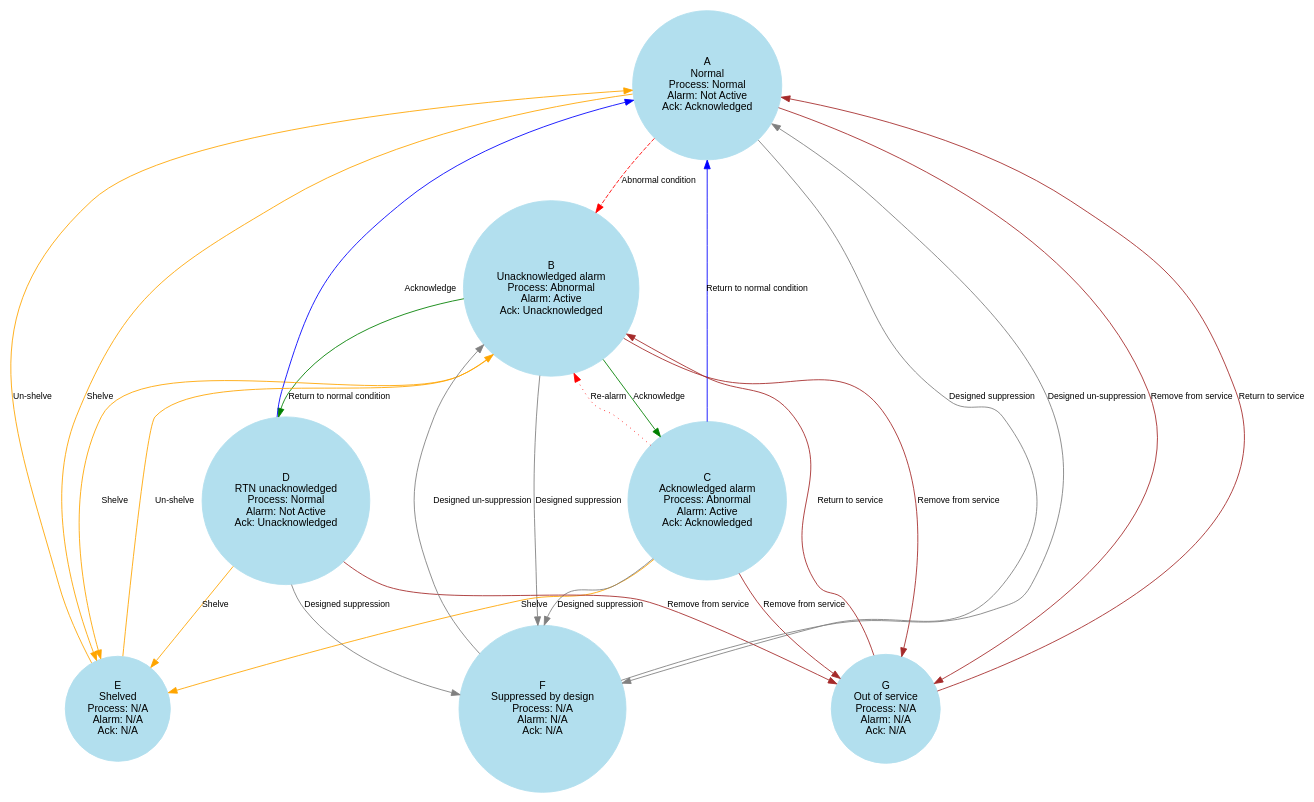
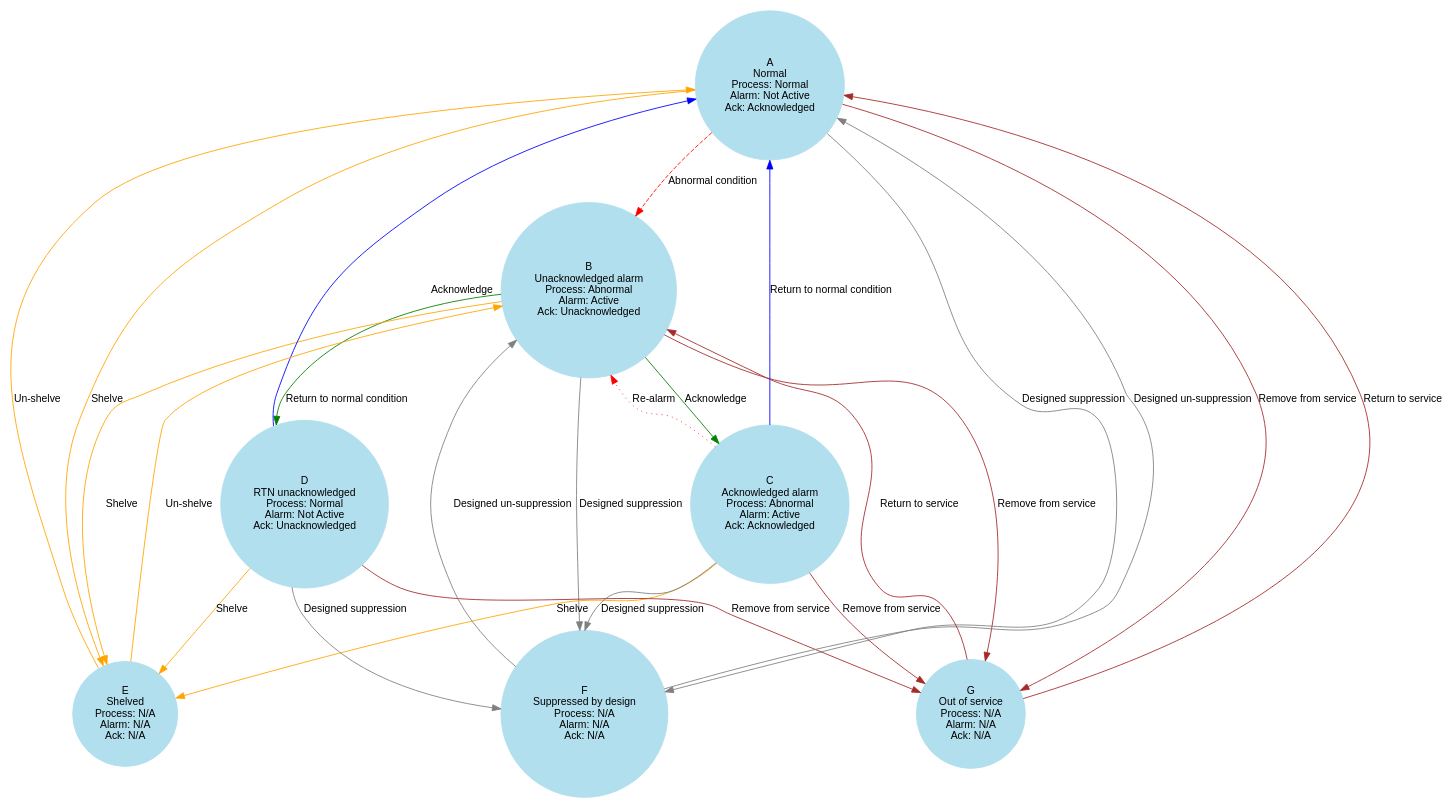
One commit to know-ai/PyAutomation changed the diagram in Docs/source/Markdown/Developments_Guide/core/alarms.rst. Above: the diagram before and after it, drawn with Graphviz. The commit also changed 2 other files, not shown here.

Commit message:
[ADD] Test

```diff
--- a/Docs/source/Markdown/Developments_Guide/core/alarms.rst
+++ b/Docs/source/Markdown/Developments_Guide/core/alarms.rst
@@ -20,43 +20,43 @@
 .. graphviz::
     
    digraph AlarmStates {
        node [shape=circle, style=filled, color=lightblue2, fontname="Arial", fontsize=12];  // Estilo general de los nodos
-       edge [fontname="Arial", fontsize=10, color=black];  // Estilo general de los bordes
+       edge [fontname="Arial", fontsize=12, color=black];  // Estilo general de los bordes
 
        A [label="A\nNormal\nProcess: Normal\nAlarm: Not Active\nAck: Acknowledged"];
        B [label="B\nUnacknowledged alarm\nProcess: Abnormal\nAlarm: Active\nAck: Unacknowledged"];
        C [label="C\nAcknowledged alarm\nProcess: Abnormal\nAlarm: Active\nAck: Acknowledged"];
        D [label="D\nRTN unacknowledged\nProcess: Normal\nAlarm: Not Active\nAck: Unacknowledged"];
        E [label="E\nShelved\nProcess: N/A\nAlarm: N/A\nAck: N/A"];
        F [label="F\nSuppressed by design\nProcess: N/A\nAlarm: N/A\nAck: N/A"];
        G [label="G\nOut of service\nProcess: N/A\nAlarm: N/A\nAck: N/A"];
 
        // Transitions
        A -> B [label="Abnormal condition", color="red", style="dashed"];
        B -> C [label="Acknowledge", color="green"];
        B -> D [label="Return to normal condition", color="green"];
        C -> A [label="Return to normal condition", color="blue"];
        C -> B [label="Re-alarm", color="red", style="dotted"];
        D -> A [label="Acknowledge", color="blue"];
 
        // Additional states
        A -> E [label="Shelve", color="orange"];
        B -> E [label="Shelve", color="orange"];
        C -> E [label="Shelve", color="orange"];
        D -> E [label="Shelve", color="orange"];
        E -> A [label="Un-shelve", color="orange"];
        E -> B [label="Un-shelve", color="orange"];
        A -> F [label="Designed suppression", color="gray"];
        B -> F [label="Designed suppression", color="gray"];
        C -> F [label="Designed suppression", color="gray"];
        D -> F [label="Designed suppression", color="gray"];
        F -> A [label="Designed un-suppression", color="gray"];
        F -> B [label="Designed un-suppression", color="gray"];
        A -> G [label="Remove from service", color="brown"];
        B -> G [label="Remove from service", color="brown"];
        C -> G [label="Remove from service", color="brown"];
        D -> G [label="Remove from service", color="brown"];
        G -> A [label="Return to service", color="brown"];
        G -> B [label="Return to service", color="brown"];
 
    }
```
